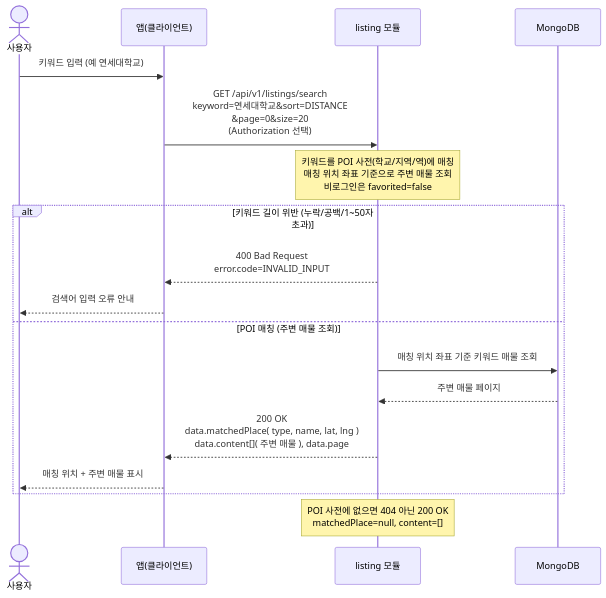
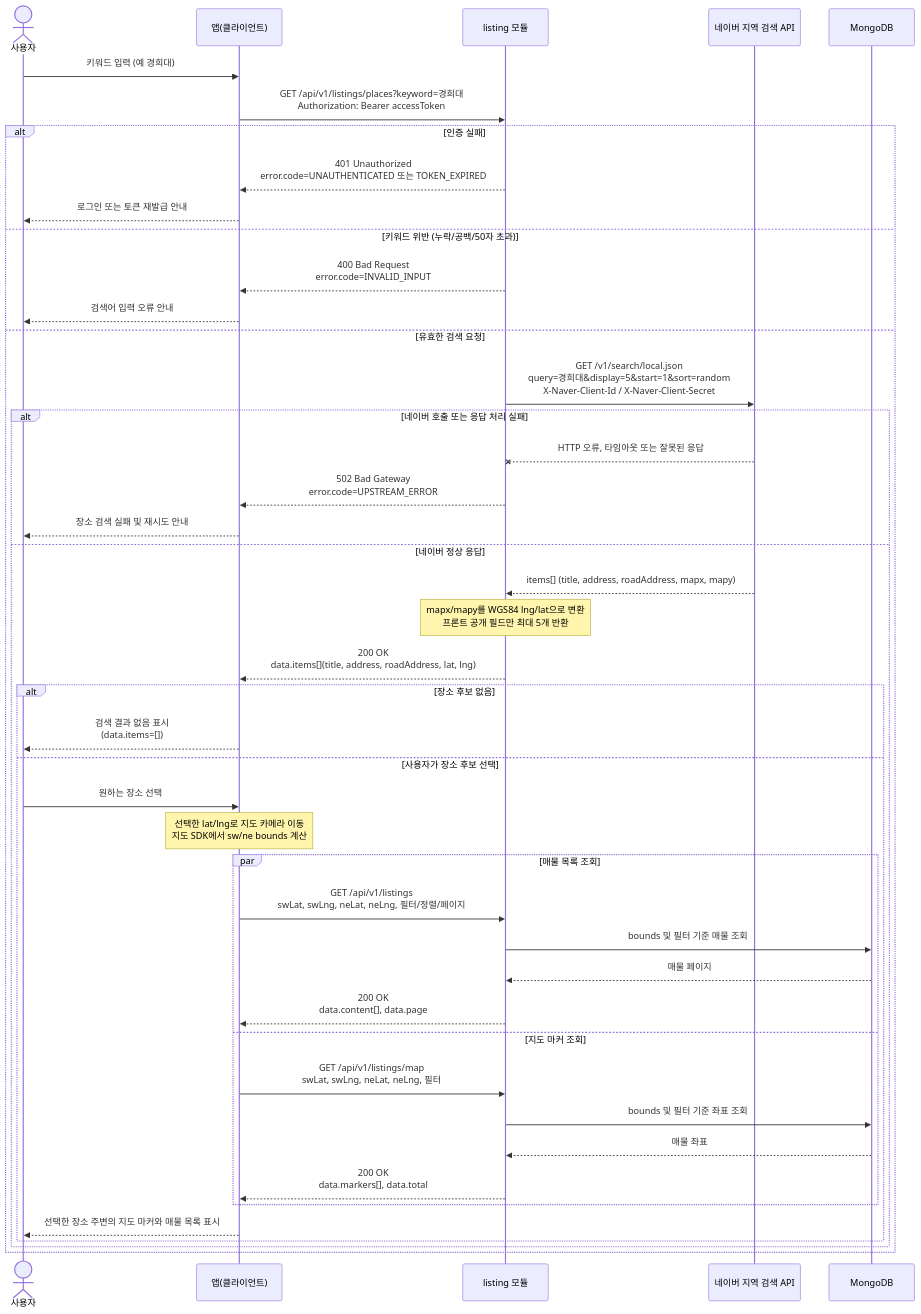
One commit to jameskim9509/Kohere-backend changed the diagram in docs/architecture/sequence-diagrams/03-listings-favorites/us-3-3-keyword-search.md. Above: the diagram before and after it, drawn with Mermaid. The commit also changed other lines of this file and 24 other files, not shown here.

First line of the commit message:
feat(listing): 네이버 지역 검색 API 기반 지도 장소 검색 기능 구현 (#160) (#162)

````diff
--- a/docs/architecture/sequence-diagrams/03-listings-favorites/us-3-3-keyword-search.md
+++ b/docs/architecture/sequence-diagrams/03-listings-favorites/us-3-3-keyword-search.md
@@ -5,21 +5,47 @@
 ```mermaid
 sequenceDiagram
     actor U as 사용자
     participant C as 앱(클라이언트)
     participant LIST as listing 모듈
+    participant NAVER as 네이버 지역 검색 API
     participant DB as MongoDB
 
-    U->>C: 키워드 입력 (예 연세대학교)
-    C->>LIST: GET /api/v1/listings/search<br/>keyword=연세대학교&sort=DISTANCE<br/>&page=0&size=20<br/>(Authorization 선택)
-    Note over LIST: 키워드를 POI 사전(학교/지역/역)에 매칭<br/>매칭 위치 좌표 기준으로 주변 매물 조회<br/>비로그인은 favorited=false
-    alt 키워드 길이 위반 (누락/공백/1~50자 초과)
+    U->>C: 키워드 입력 (예 경희대)
+    C->>LIST: GET /api/v1/listings/places?keyword=경희대<br/>Authorization: Bearer accessToken
+    alt 인증 실패
+        LIST-->>C: 401 Unauthorized<br/>error.code=UNAUTHENTICATED 또는 TOKEN_EXPIRED
+        C-->>U: 로그인 또는 토큰 재발급 안내
+    else 키워드 위반 (누락/공백/50자 초과)
         LIST-->>C: 400 Bad Request<br/>error.code=INVALID_INPUT
         C-->>U: 검색어 입력 오류 안내
-    else POI 매칭 (주변 매물 조회)
-        LIST->>DB: 매칭 위치 좌표 기준 키워드 매물 조회
-        DB-->>LIST: 주변 매물 페이지
-        LIST-->>C: 200 OK<br/>data.matchedPlace( type, name, lat, lng )<br/>data.content[]( 주변 매물 ), data.page
-        C-->>U: 매칭 위치 + 주변 매물 표시
+    else 유효한 검색 요청
+        LIST->>NAVER: GET /v1/search/local.json<br/>query=경희대&display=5&start=1&sort=random<br/>X-Naver-Client-Id / X-Naver-Client-Secret
+        alt 네이버 호출 또는 응답 처리 실패
+            NAVER--xLIST: HTTP 오류, 타임아웃 또는 잘못된 응답
+            LIST-->>C: 502 Bad Gateway<br/>error.code=UPSTREAM_ERROR
+            C-->>U: 장소 검색 실패 및 재시도 안내
+        else 네이버 정상 응답
+            NAVER-->>LIST: items[] (title, address, roadAddress, mapx, mapy)
+            Note over LIST: mapx/mapy를 WGS84 lng/lat으로 변환<br/>프론트 공개 필드만 최대 5개 반환
+            LIST-->>C: 200 OK<br/>data.items[](title, address, roadAddress, lat, lng)
+            alt 장소 후보 없음
+                C-->>U: 검색 결과 없음 표시<br/>(data.items=[])
+            else 사용자가 장소 후보 선택
+                U->>C: 원하는 장소 선택
+                Note over C: 선택한 lat/lng로 지도 카메라 이동<br/>지도 SDK에서 sw/ne bounds 계산
+                par 매물 목록 조회
+                    C->>LIST: GET /api/v1/listings<br/>swLat, swLng, neLat, neLng, 필터/정렬/페이지
+                    LIST->>DB: bounds 및 필터 기준 매물 조회
+                    DB-->>LIST: 매물 페이지
+                    LIST-->>C: 200 OK<br/>data.content[], data.page
+                and 지도 마커 조회
+                    C->>LIST: GET /api/v1/listings/map<br/>swLat, swLng, neLat, neLng, 필터
+                    LIST->>DB: bounds 및 필터 기준 좌표 조회
+                    DB-->>LIST: 매물 좌표
+                    LIST-->>C: 200 OK<br/>data.markers[], data.total
+                end
+                C-->>U: 선택한 장소 주변의 지도 마커와 매물 목록 표시
+            end
+        end
     end
-    Note over LIST: POI 사전에 없으면 404 아닌 200 OK<br/>matchedPlace=null, content=[]
 ```
````
